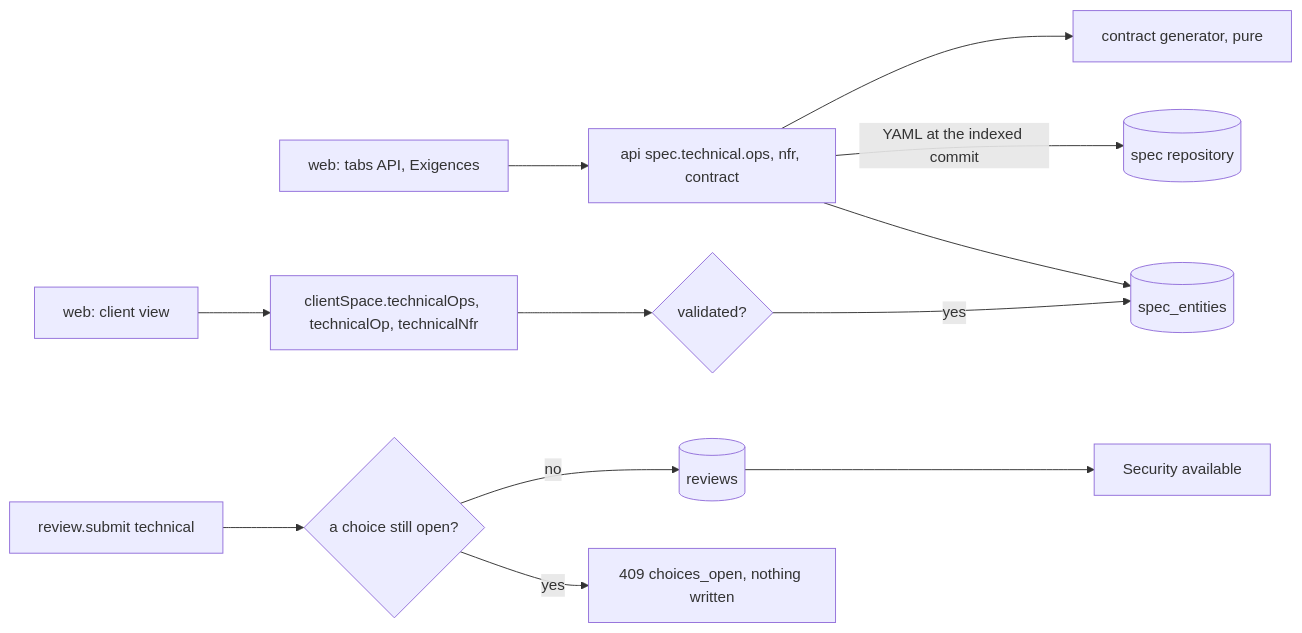
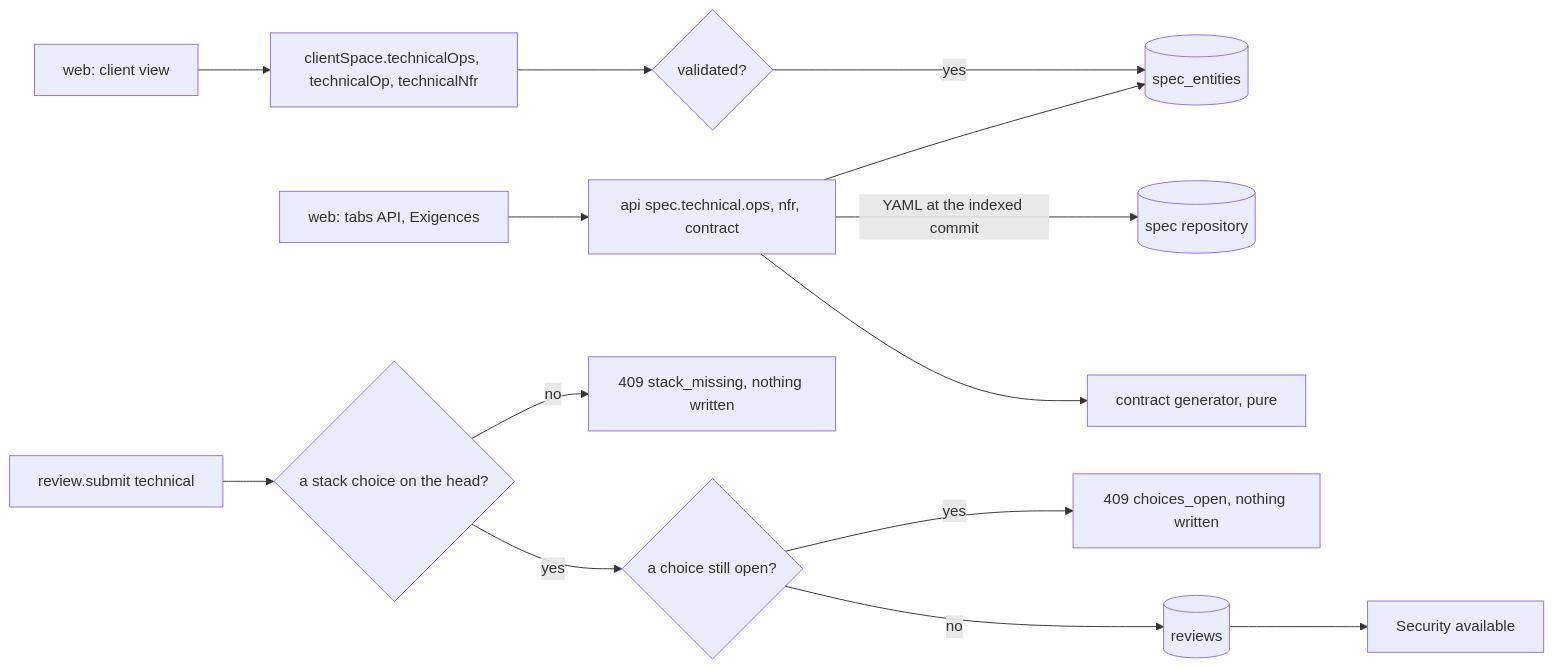
Diagram 58 of 60 in docs/architecture.md (koklo-dev/koklo), drawn with Mermaid before and after one commit. The commit also changed other lines of this file and 93 other files, not shown here.

````diff
--- a/docs/architecture.md
+++ b/docs/architecture.md
@@ -1955,12 +1955,14 @@
 ```mermaid
 flowchart LR
   web[web: tabs API, Exigences] --> team[api spec.technical.ops, nfr, contract]
   web2[web: client view] --> client[clientSpace.technicalOps, technicalOp, technicalNfr]
   team --> idx[(spec_entities)]
   team -->|YAML at the indexed commit| git[(spec repository)]
   team --> gen[contract generator, pure]
   client --> gate{validated?} -->|yes| idx
-  valid[review.submit technical] --> open{a choice still open?}
+  valid[review.submit technical] --> any{a stack choice on the head?}
+  any -->|no| r0[409 stack_missing, nothing written]
+  any -->|yes| open{a choice still open?}
   open -->|yes| r409[409 choices_open, nothing written]
   open -->|no| reviews[(reviews)] --> sec[Security available]
 ```
````
